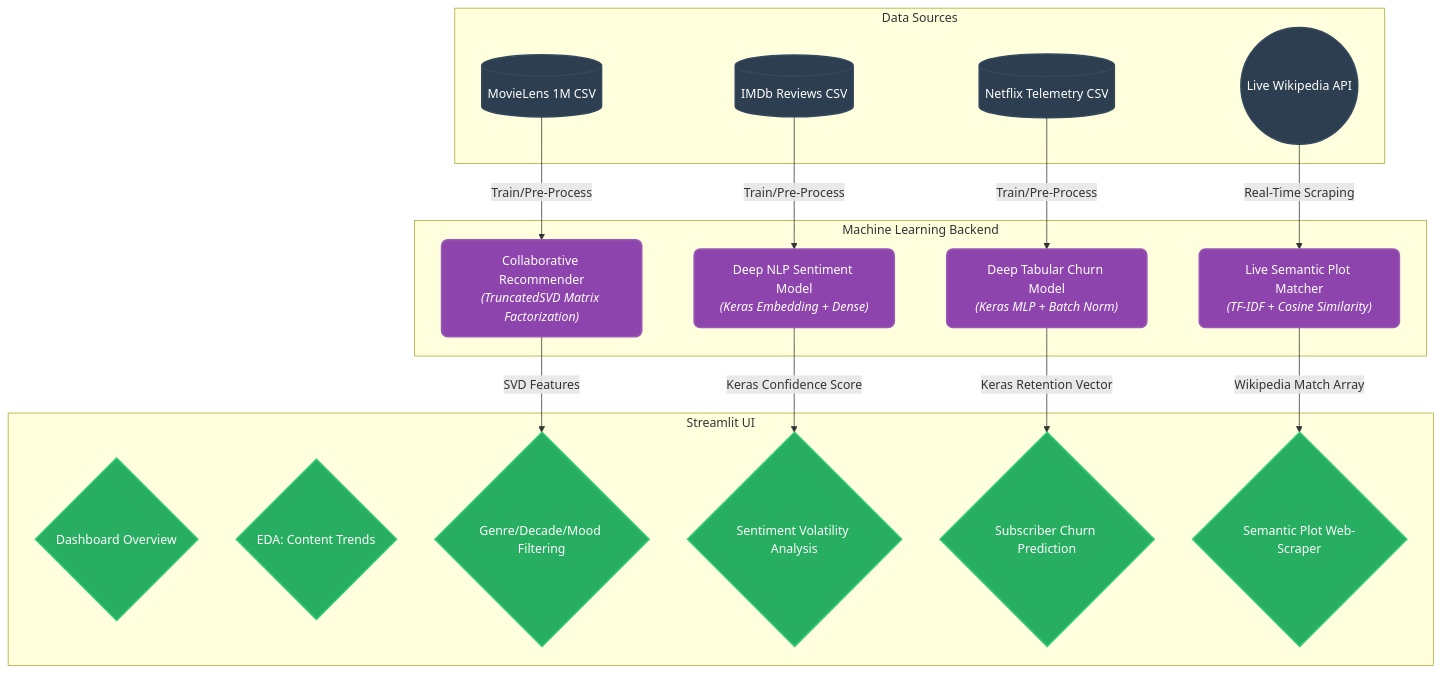
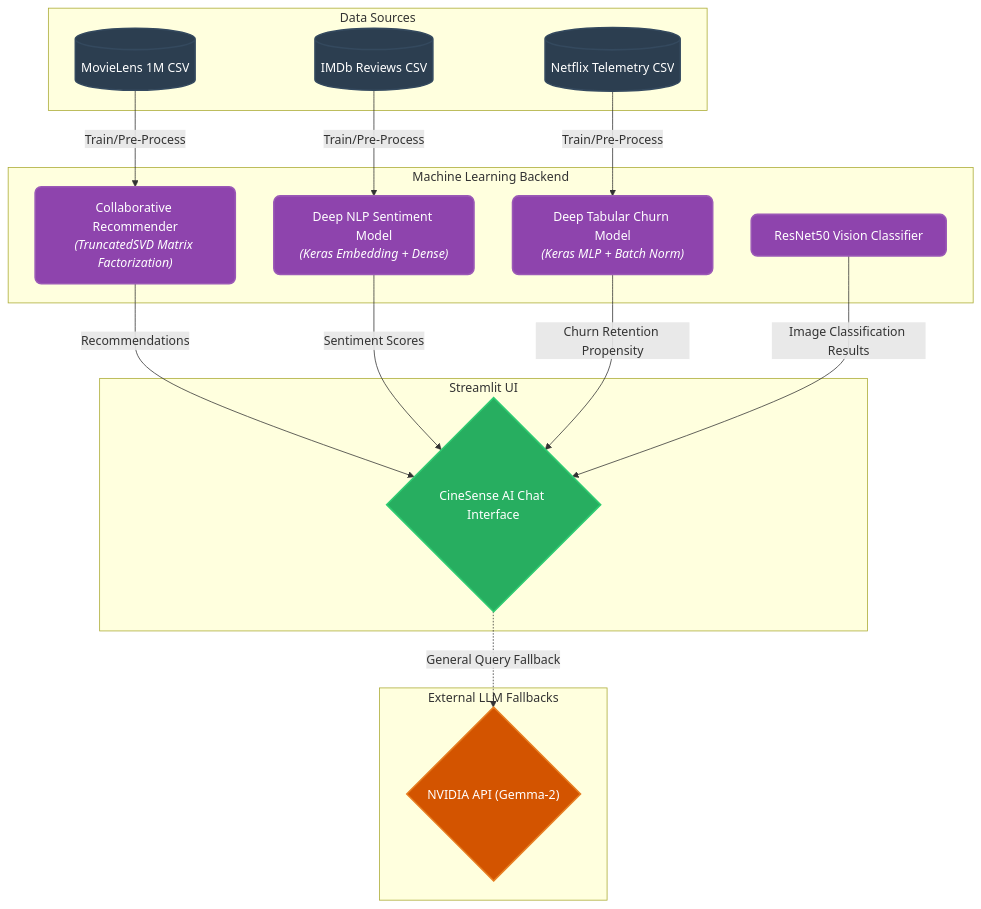
Before and after one commit to VivekDave007/CineSenseAI: the diagram in README.md, drawn with Mermaid. The commit also changed other lines of this file and 8 other files, not shown here.

Commit message:
feat: Upgrade to CineSense AI Chat Interface with NVIDIA fallback

````diff
--- a/README.md
+++ b/README.md
@@ -23,45 +22,46 @@
 ```mermaid
 graph TD
     %% Custom Styling
     classDef data fill:#2C3E50,stroke:#34495E,stroke-width:2px,color:#fff,rx:8px,ry:8px;
     classDef model fill:#8E44AD,stroke:#9B59B6,stroke-width:2px,color:#fff,rx:8px,ry:8px;
+    classDef llm fill:#D35400,stroke:#E67E22,stroke-width:2px,color:#fff,rx:15px,ry:15px;
     classDef ui fill:#27AE60,stroke:#2ECC71,stroke-width:2px,color:#fff,rx:15px,ry:15px;
 
     %% Define Sources
     subgraph Data Sources
         DS1[("Netflix Telemetry CSV")]:::data
         DS2[("IMDb Reviews CSV")]:::data
         DS3[("MovieLens 1M CSV")]:::data
-        DS4(("Live Wikipedia API")):::data
     end
 
     %% Define ML Backend Models
     subgraph Machine Learning Backend
         ML1["Deep Tabular Churn Model<br><i>(Keras MLP + Batch Norm)</i>"]:::model
         ML2["Deep NLP Sentiment Model<br><i>(Keras Embedding + Dense)</i>"]:::model
         ML3["Collaborative Recommender<br><i>(TruncatedSVD Matrix Factorization)</i>"]:::model
-        ML4["Live Semantic Plot Matcher<br><i>(TF-IDF + Cosine Similarity)</i>"]:::model
+        ML4["ResNet50 Vision Classifier"]:::model
     end
 
     %% Connect Sources to Models
     DS1 -->|"Train/Pre-Process"| ML1
     DS2 -->|"Train/Pre-Process"| ML2
     DS3 -->|"Train/Pre-Process"| ML3
-    DS4 -->|"Real-Time Scraping"| ML4
+
+    %% Define External Fallbacks
+    subgraph External LLM Fallbacks
+        LLM1{"NVIDIA API (Gemma-2)"}:::llm
+    end
 
     %% Define Streamlit Frontend
     subgraph Streamlit UI
-        UI1{"Dashboard Overview"}:::ui
-        UI2{"EDA: Content Trends"}:::ui
-        UI3{"Genre/Decade/Mood Filtering"}:::ui
-        UI4{"Sentiment Volatility Analysis"}:::ui
-        UI5{"Subscriber Churn Prediction"}:::ui
-        UI6{"Semantic Plot Web-Scraper"}:::ui
+        UI1{"CineSense AI Chat Interface"}:::ui
     end
 
-    %% Connect Models to UI
-    ML3 -->|"SVD Features"| UI3
-    ML2 -->|"Keras Confidence Score"| UI4
-    ML1 -->|"Keras Retention Vector"| UI5
-    ML4 -->|"Wikipedia Match Array"| UI6
+    %% Connect Models to UI via Assistant Router
+    ML3 -->|"Recommendations"| UI1
+    ML2 -->|"Sentiment Scores"| UI1
+    ML1 -->|"Churn Retention Propensity"| UI1
+    ML4 -->|"Image Classification Results"| UI1
+    
+    UI1 -.->|"General Query Fallback"| LLM1
 ```
````
